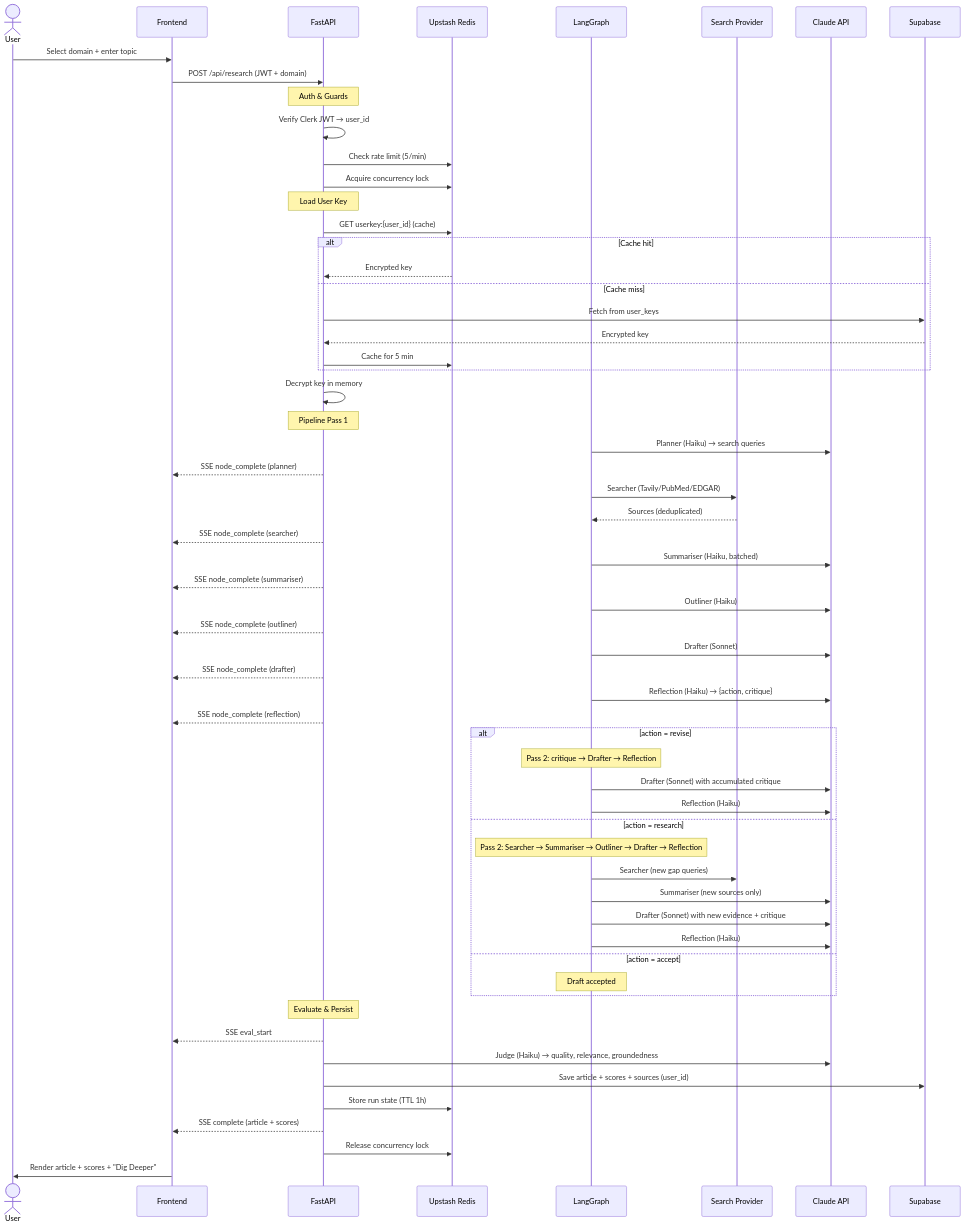
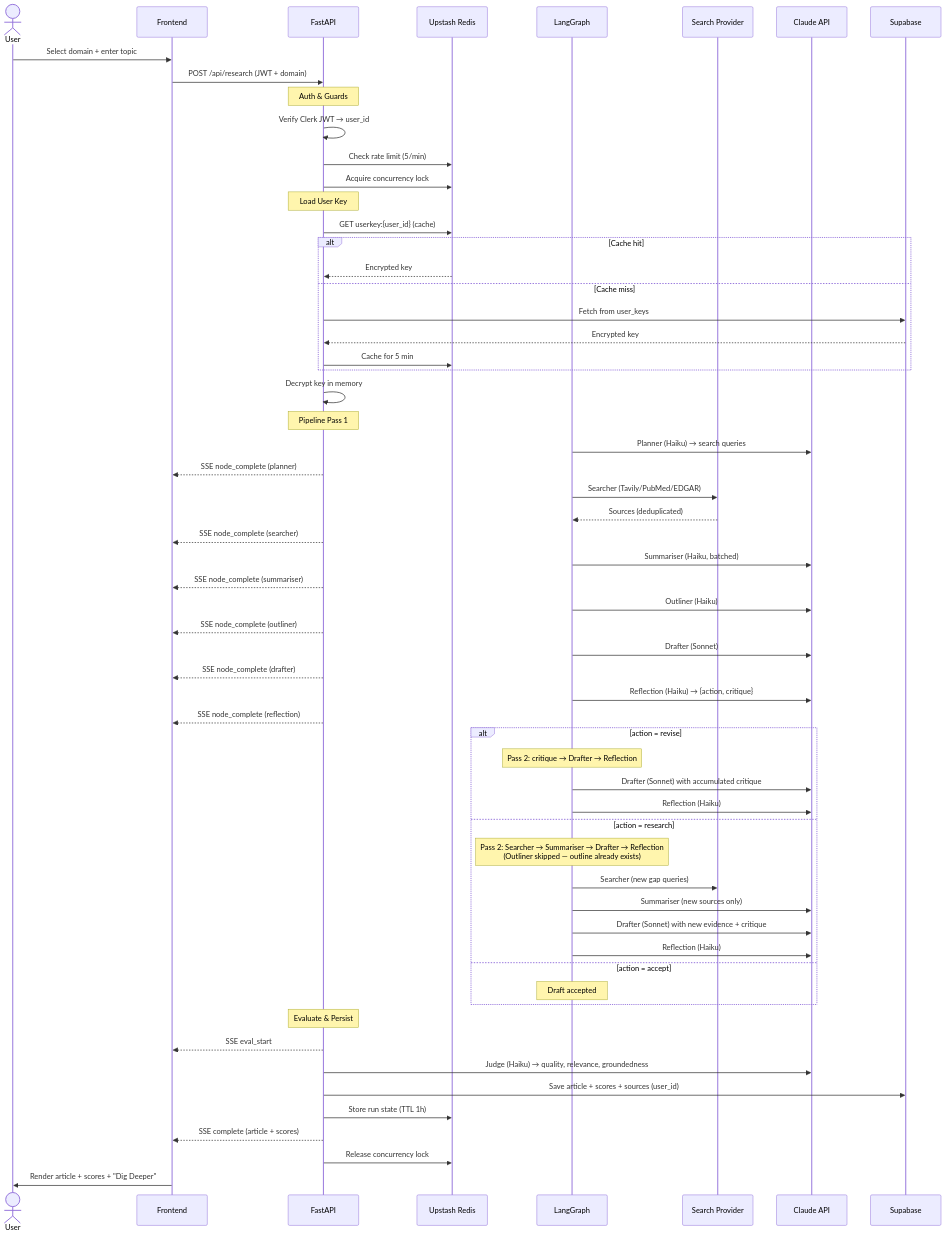
One commit to valyndsilva/lumen changed the fourth of 7 diagrams in README.md. Above: the diagram before and after it, drawn with Mermaid. The commit also changed other lines of this file, not shown here.

````diff
--- a/README.md
+++ b/README.md
@@ -366,75 +366,75 @@
 ```mermaid
 sequenceDiagram
     actor User
     participant FE as Frontend
     participant API as FastAPI
     participant Redis as Upstash Redis
     participant Graph as LangGraph
     participant Search as Search Provider
     participant LLM as Claude API
     participant DB as Supabase
 
     User->>FE: Select domain + enter topic
     FE->>API: POST /api/research (JWT + domain)
 
     Note over API: Auth & Guards
     API->>API: Verify Clerk JWT → user_id
     API->>Redis: Check rate limit (5/min)
     API->>Redis: Acquire concurrency lock
 
     Note over API: Load User Key
     API->>Redis: GET userkey:{user_id} (cache)
     alt Cache hit
         Redis-->>API: Encrypted key
     else Cache miss
         API->>DB: Fetch from user_keys
         DB-->>API: Encrypted key
         API->>Redis: Cache for 5 min
     end
     API->>API: Decrypt key in memory
 
     Note over API: Pipeline Pass 1
 
     Graph->>LLM: Planner (Haiku) → search queries
     API-->>FE: SSE node_complete (planner)
 
     Graph->>Search: Searcher (Tavily/PubMed/EDGAR)
     Search-->>Graph: Sources (deduplicated)
     API-->>FE: SSE node_complete (searcher)
 
     Graph->>LLM: Summariser (Haiku, batched)
     API-->>FE: SSE node_complete (summariser)
 
     Graph->>LLM: Outliner (Haiku)
     API-->>FE: SSE node_complete (outliner)
 
     Graph->>LLM: Drafter (Sonnet)
     API-->>FE: SSE node_complete (drafter)
 
     Graph->>LLM: Reflection (Haiku) → {action, critique}
     API-->>FE: SSE node_complete (reflection)
 
     alt action = revise
         Note over Graph: Pass 2: critique → Drafter → Reflection
         Graph->>LLM: Drafter (Sonnet) with accumulated critique
         Graph->>LLM: Reflection (Haiku)
     else action = research
-        Note over Graph: Pass 2: Searcher → Summariser → Outliner → Drafter → Reflection
+        Note over Graph: Pass 2: Searcher → Summariser → Drafter → Reflection<br/>(Outliner skipped — outline already exists)
         Graph->>Search: Searcher (new gap queries)
         Graph->>LLM: Summariser (new sources only)
         Graph->>LLM: Drafter (Sonnet) with new evidence + critique
         Graph->>LLM: Reflection (Haiku)
     else action = accept
         Note over Graph: Draft accepted
     end
 
     Note over API: Evaluate & Persist
     API-->>FE: SSE eval_start
     API->>LLM: Judge (Haiku) → quality, relevance, groundedness
     API->>DB: Save article + scores + sources (user_id)
     API->>Redis: Store run state (TTL 1h)
     API-->>FE: SSE complete (article + scores)
     API->>Redis: Release concurrency lock
 
     FE->>User: Render article + scores + "Dig Deeper"
 ```
````
